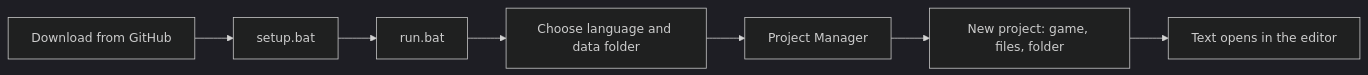
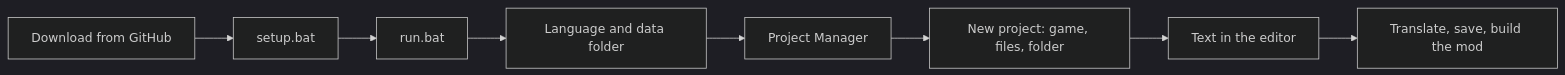
The diagram in docs/wiki/0_Getting_Started.md (rashevskyv/Picoripi), drawn with Mermaid (dark theme) before and after one commit. The commit also changed other lines of this file and 6 other files, not shown here.

````diff
--- a/docs/wiki/0_Getting_Started.md
+++ b/docs/wiki/0_Getting_Started.md
@@ -15,9 +16,10 @@
 ```mermaid
 flowchart LR
   A[Download from GitHub] --> B[setup.bat]
   B --> C[run.bat]
-  C --> D[Choose language and data folder]
+  C --> D[Language and data folder]
   D --> E[Project Manager]
   E --> F[New project: game, files, folder]
-  F --> G[Text opens in the editor]
+  F --> G[Text in the editor]
+  G --> H[Translate, save, build the mod]
 ```
````
